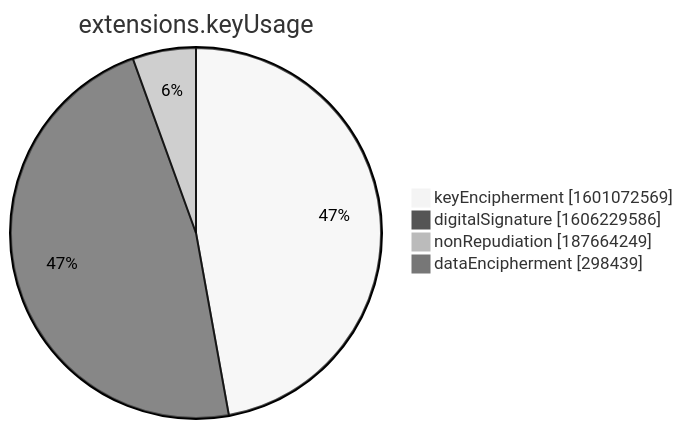
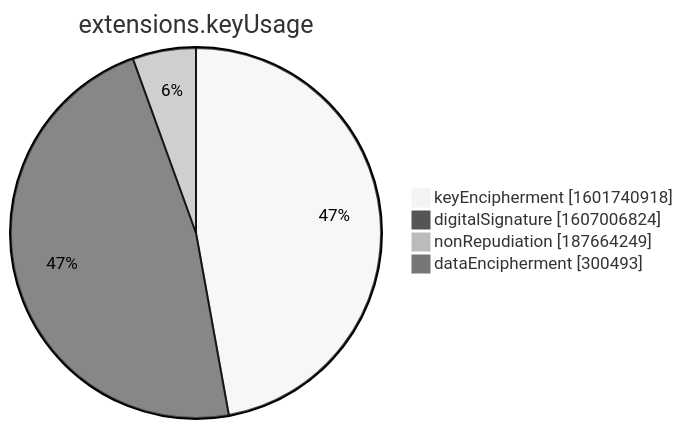
One commit to christiankrug/ctmonitor_visualization changed the seventh of 15 diagrams in xenon2022/README.md. Above: the diagram before and after it, drawn with Mermaid (neutral theme). The commit also changed other lines of this file, not shown here.

````diff
--- a/xenon2022/README.md
+++ b/xenon2022/README.md
@@ -2854,8 +2854,8 @@
 ```mermaid
 pie showData
 title extensions.keyUsage
-"keyEncipherment" :1601072569
-"digitalSignature" :1606229586
+"keyEncipherment" :1601740918
+"digitalSignature" :1607006824
 "nonRepudiation" :187664249
-"dataEncipherment" :298439
+"dataEncipherment" :300493
 ```
````
